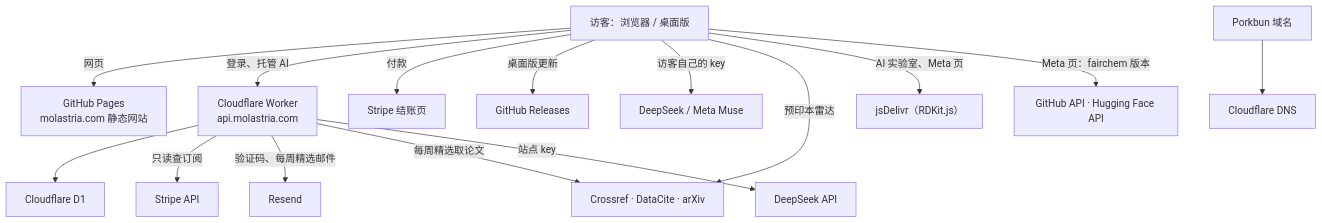
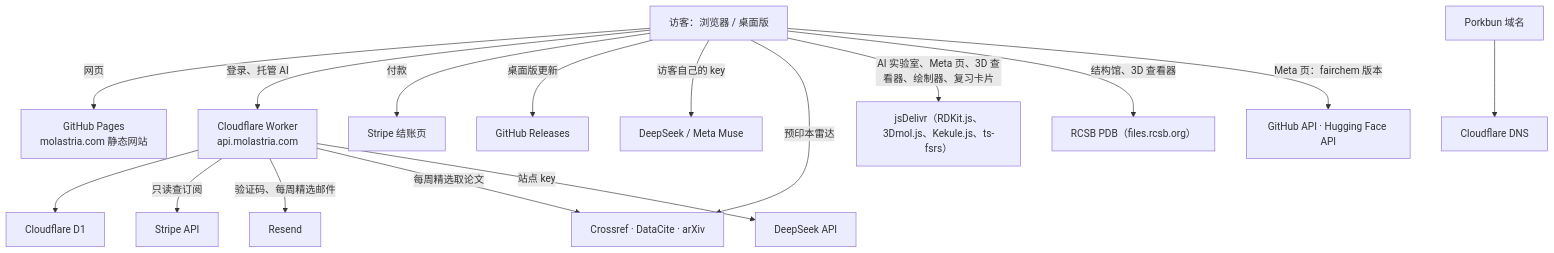
One commit to FelixJiashengFu/chem-research-molastria changed the first of 2 diagrams in docs/ARCHITECTURE.md. Above: the diagram before and after it, drawn with Mermaid. The commit also changed other lines of this file and 88 other files, not shown here.

````diff
--- a/docs/ARCHITECTURE.md
+++ b/docs/ARCHITECTURE.md
@@ -5,18 +5,19 @@
 ```mermaid
 flowchart TB
   V["访客：浏览器 / 桌面版"]
   V -->|网页| P["GitHub Pages<br>molastria.com 静态网站"]
   V -->|登录、托管 AI| W["Cloudflare Worker<br>api.molastria.com"]
   V -->|付款| SC["Stripe 结账页"]
   V -->|桌面版更新| R["GitHub Releases"]
   V -->|访客自己的 key| AI["DeepSeek / Meta Muse"]
   V -->|预印本雷达| CR["Crossref · DataCite · arXiv"]
-  V -->|AI 实验室、Meta 页| JS["jsDelivr（RDKit.js）"]
+  V -->|AI 实验室、Meta 页、3D 查看器、绘制器、复习卡片| JS["jsDelivr（RDKit.js、3Dmol.js、Kekule.js、ts-fsrs）"]
+  V -->|结构馆、3D 查看器| PDB["RCSB PDB（files.rcsb.org）"]
   V -->|Meta 页：fairchem 版本| GH["GitHub API · Hugging Face API"]
   W --> D1["Cloudflare D1"]
   W -->|只读查订阅| SA["Stripe API"]
   W -->|验证码、每周精选邮件| RS["Resend"]
   W -->|每周精选取论文| CR
   W -->|站点 key| DS["DeepSeek API"]
   PB["Porkbun 域名"] --> DNS["Cloudflare DNS"]
 ```
````
